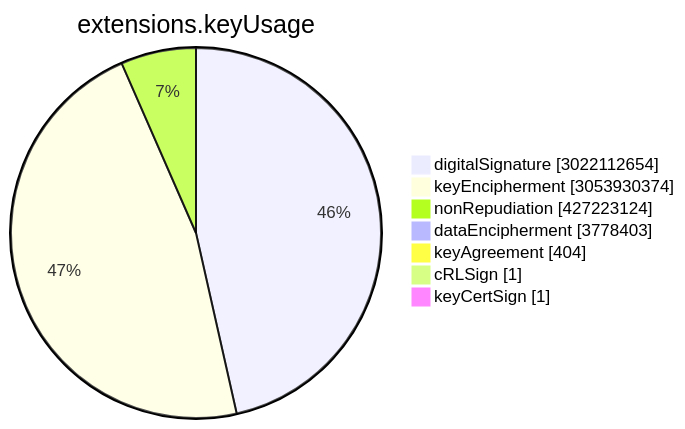
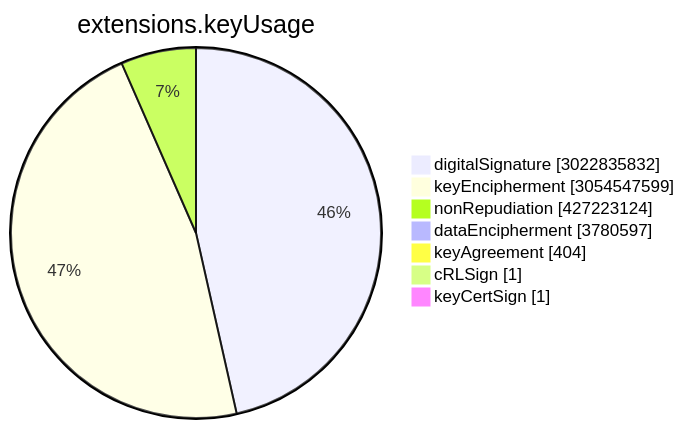
Before and after one commit to christiankrug/ctmonitor_visualization: the sixth of 15 diagrams in TOTAL/README.md, drawn with Mermaid. The commit also changed other lines of this file, not shown here.

````diff
--- a/TOTAL/README.md
+++ b/TOTAL/README.md
@@ -3077,11 +3077,11 @@
 ```mermaid
 pie showData
 title extensions.keyUsage
-"digitalSignature" :3022112654
-"keyEncipherment" :3053930374
+"digitalSignature" :3022835832
+"keyEncipherment" :3054547599
 "nonRepudiation" :427223124
-"dataEncipherment" :3778403
+"dataEncipherment" :3780597
 "keyAgreement" :404
 "cRLSign" :1
 "keyCertSign" :1
 ```
````
